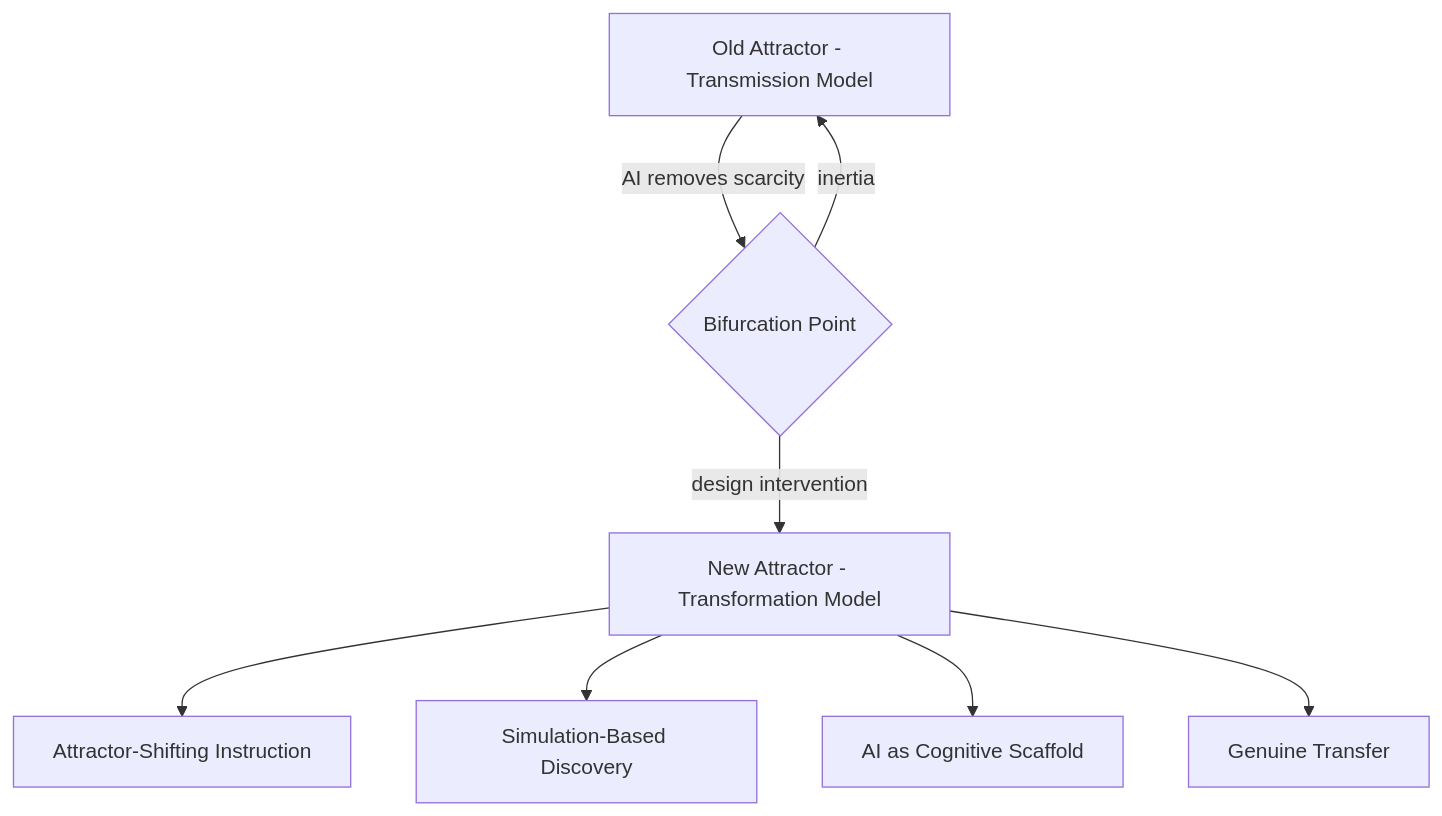
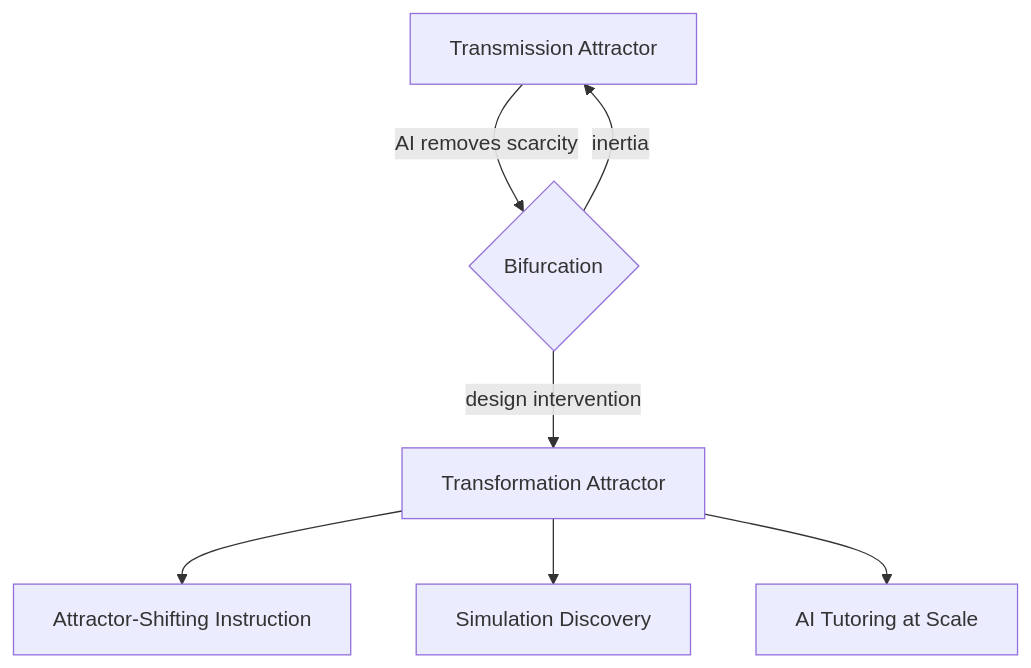
Before and after one commit to kurtrowley/isrd-site: the third of 3 diagrams in src/articles/learner_first_systemic_learning.md, drawn with Mermaid. The commit also changed other lines of this file, not shown here.

Commit message:
Fix all 3 Mermaid diagrams in LFSE article: shorter labels, TD layout, max 6 nodes

````diff
--- a/src/articles/learner_first_systemic_learning.md
+++ b/src/articles/learner_first_systemic_learning.md
@@ -156,10 +155,9 @@
 ```mermaid
 graph TD
-  OA[Old Attractor - Transmission Model] -->|AI removes scarcity| P{Bifurcation Point}
-  P -->|inertia| OA
-  P -->|design intervention| NA[New Attractor - Transformation Model]
+  OA[Transmission Attractor] -->|AI removes scarcity| F{Bifurcation}
+  F -->|inertia| OA
+  F -->|design intervention| NA[Transformation Attractor]
   NA --> AT[Attractor-Shifting Instruction]
-  NA --> SI[Simulation-Based Discovery]
-  NA --> AI[AI as Cognitive Scaffold]
-  NA --> TF[Genuine Transfer]
+  NA --> SI[Simulation Discovery]
+  NA --> AI[AI Tutoring at Scale]
 ```
````
